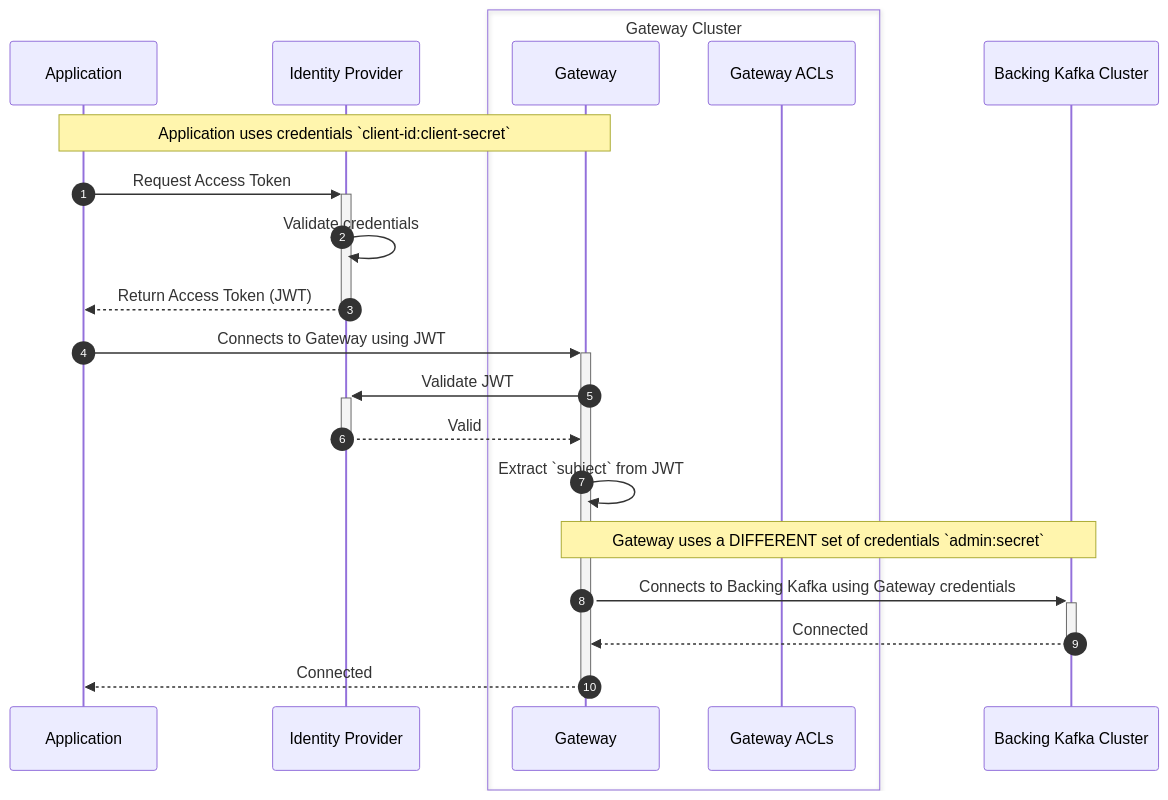
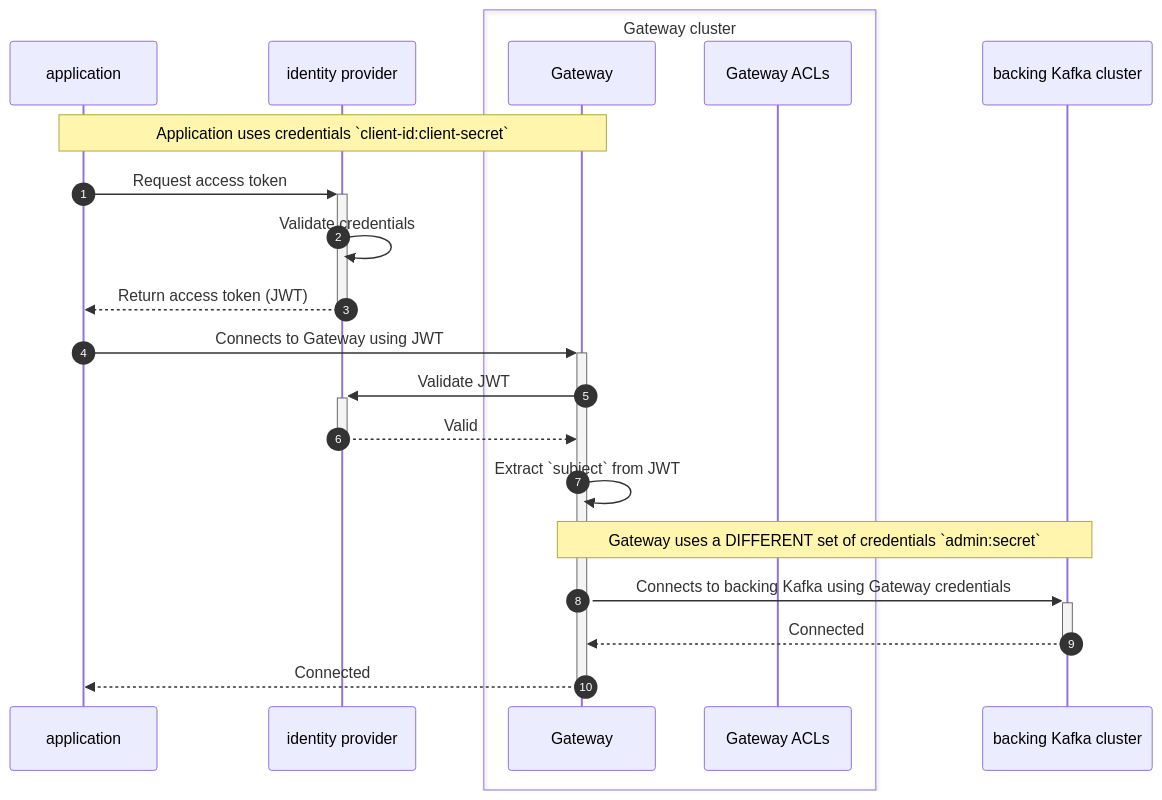
Before and after one commit to conduktor/conduktor-docs: the third of 8 diagrams in docs/gateway/configuration/index.md, drawn with Mermaid. The commit also changed other lines of this file, not shown here.

````diff
--- a/docs/gateway/configuration/index.md
+++ b/docs/gateway/configuration/index.md
@@ -73,25 +78,25 @@
 ```mermaid
 sequenceDiagram
 	autonumber
-	participant A as Application 
-	participant I as Identity Provider
-	box Gateway Cluster
+	participant A as application 
+	participant I as identity provider
+	box Gateway cluster
     participant GW as Gateway
     participant GW2 as Gateway ACLs
     end
-    participant K as Backing Kafka Cluster
+    participant K as backing Kafka cluster
 	
 	Note over A,GW: Application uses credentials `client-id:client-secret`
-	A->>+I: Request Access Token
+	A->>+I: Request access token
 	I->>I: Validate credentials
-    I-->>-A: Return Access Token (JWT)
+    I-->>-A: Return access token (JWT)
     A->>+GW: Connects to Gateway using JWT
     GW->>+I: Validate JWT
     I-->>-GW: Valid
     GW->>GW: Extract `subject` from JWT
     
     Note over GW,K: Gateway uses a DIFFERENT set of credentials `admin:secret`
-    GW->>+K: Connects to Backing Kafka using Gateway credentials
+    GW->>+K: Connects to backing Kafka using Gateway credentials
     K-->>-GW: Connected
     GW-->>-A: Connected
 ```
````
